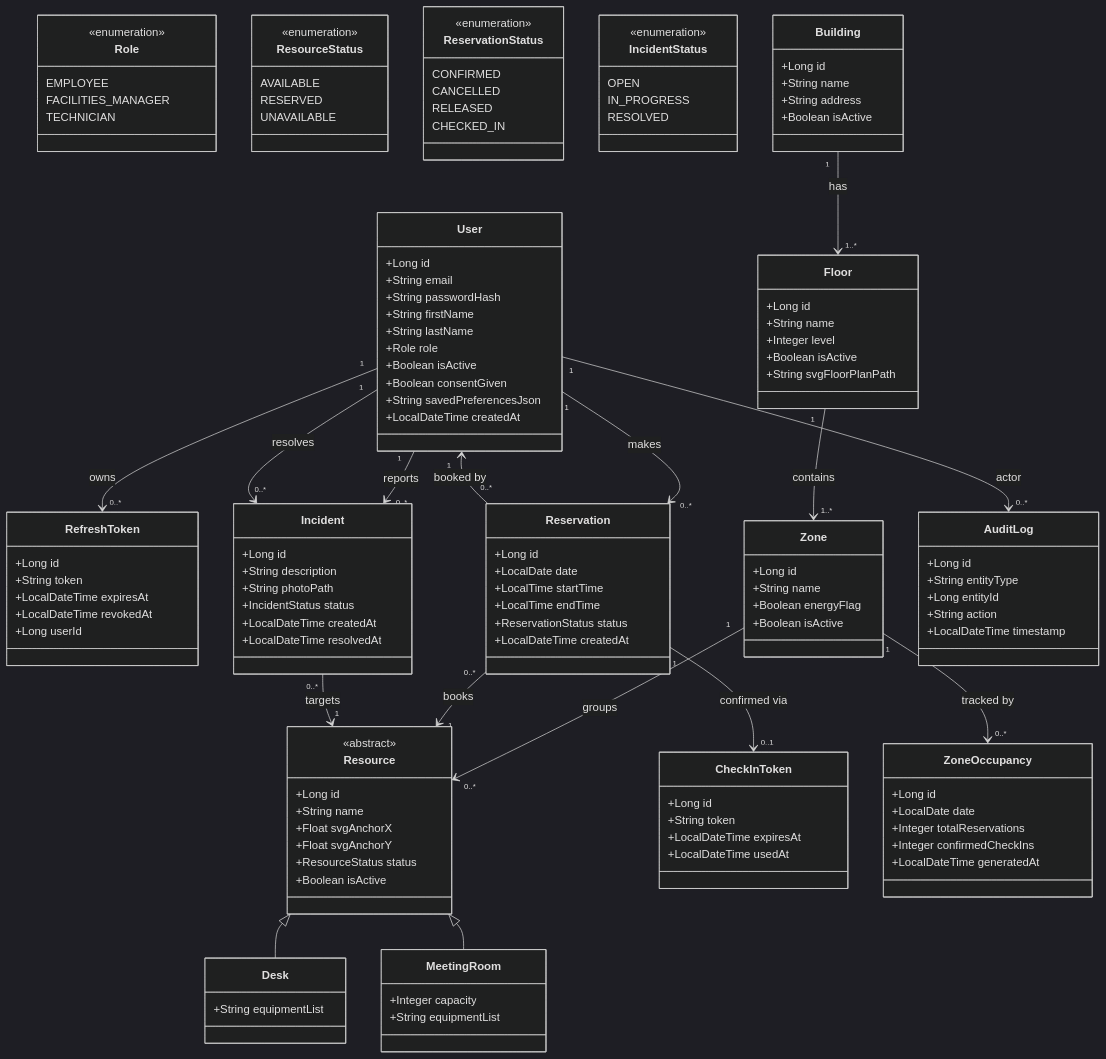
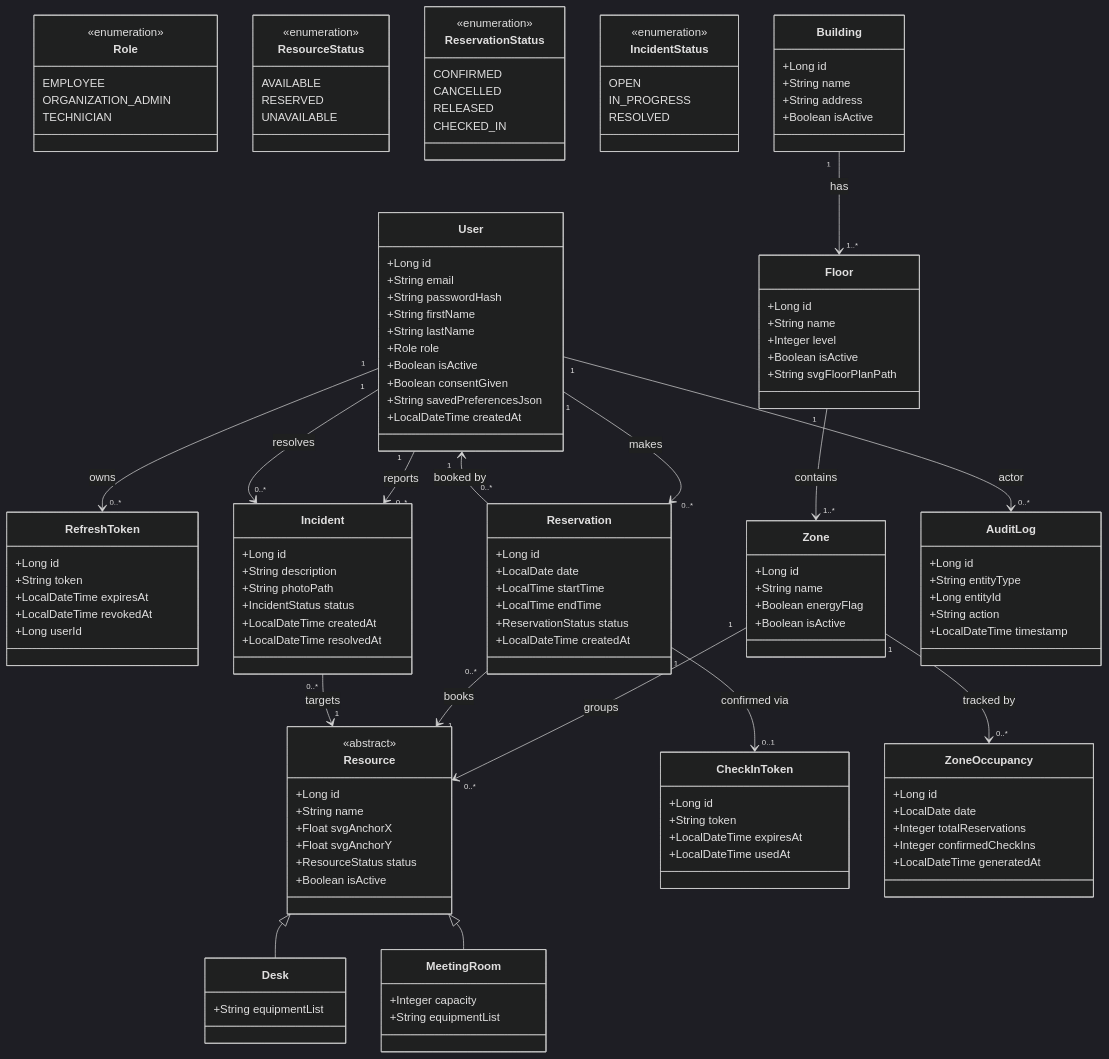
The diagram in _bmad-output/planning-artifacts/class-diagram.md (GuillaumeEven/ecotrack-office), drawn with Mermaid (dark theme) before and after one commit. The commit also changed 10 other files, not shown here.

```diff
--- a/_bmad-output/planning-artifacts/class-diagram.md
+++ b/_bmad-output/planning-artifacts/class-diagram.md
@@ -10,7 +10,7 @@
     class Role {
         <<enumeration>>
         EMPLOYEE
-        FACILITIES_MANAGER
+        ORGANIZATION_ADMIN
         TECHNICIAN
     }
 
```
